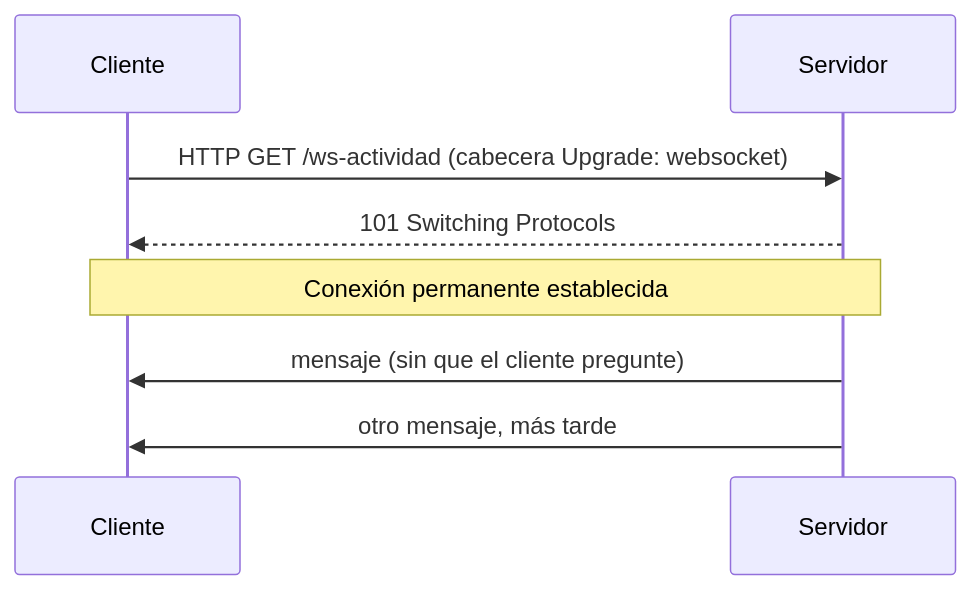
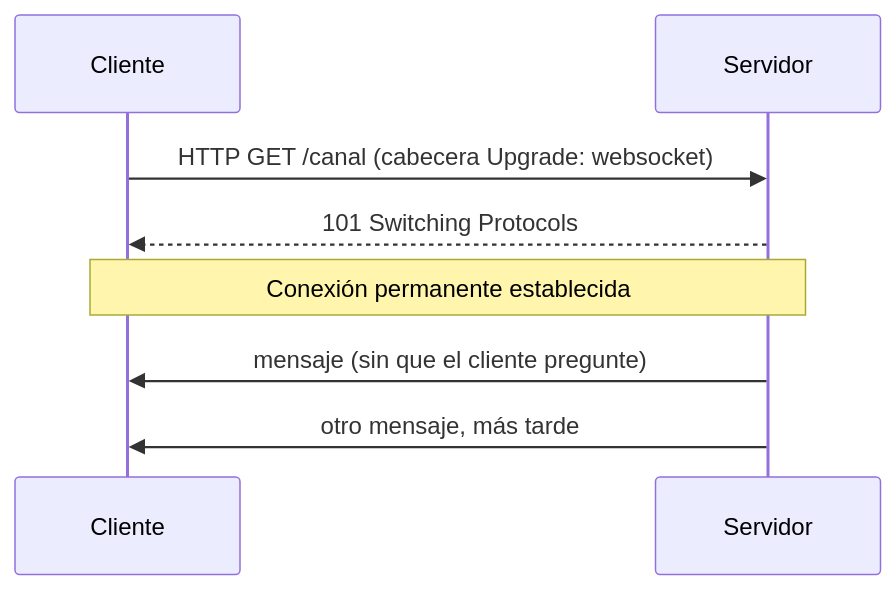
The first of 4 diagrams in docs/tema4/websocket-stomp.md (aitorventura/programacion-servicios-procesos), drawn with Mermaid before and after one commit. The commit also changed other lines of this file and 9 other files, not shown here.

````diff
--- a/docs/tema4/websocket-stomp.md
+++ b/docs/tema4/websocket-stomp.md
@@ -26,10 +27,10 @@
 ```mermaid
 sequenceDiagram
     participant C as Cliente
     participant S as Servidor
-    C->>S: HTTP GET /ws-actividad (cabecera Upgrade: websocket)
+    C->>S: HTTP GET /canal (cabecera Upgrade: websocket)
     S-->>C: 101 Switching Protocols
     Note over C,S: Conexión permanente establecida
     S->>C: mensaje (sin que el cliente pregunte)
     S->>C: otro mensaje, más tarde
 ```
````
